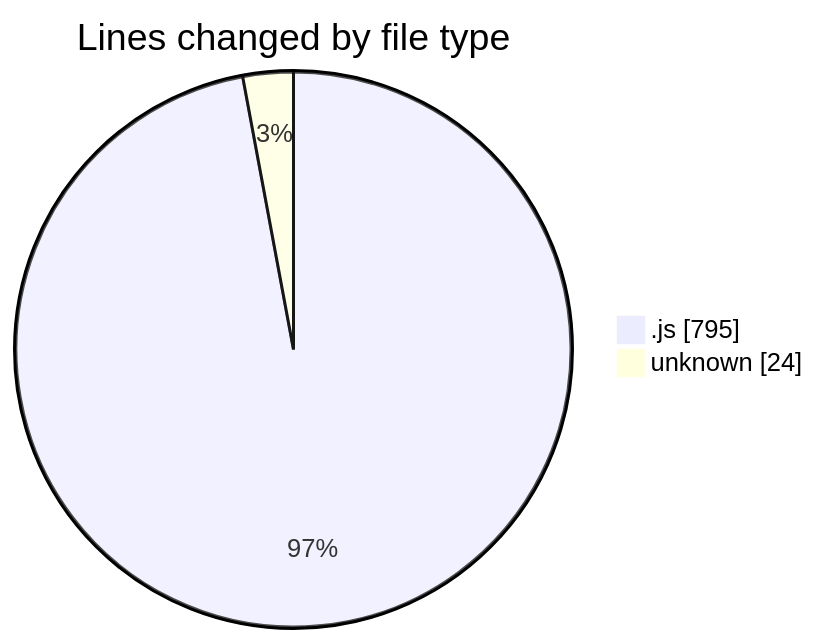
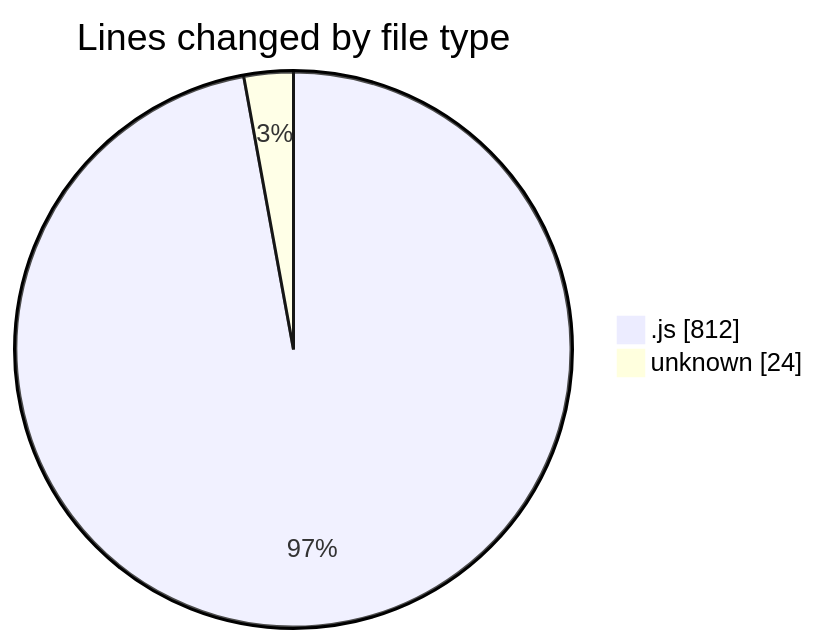
One commit to momahboobian/code-tracking changed the first of 2 diagrams in 2025-02-03/cda/README.md. Above: the diagram before and after it, drawn with Mermaid. The commit also changed other lines of this file and 1 other file, not shown here.

````diff
--- a/2025-02-03/cda/README.md
+++ b/2025-02-03/cda/README.md
@@ -24,6 +24,6 @@
 ```mermaid
 pie showData
 title Lines changed by file type
-".js" : 795
+".js" : 812
 "unknown" : 24
 ```
````
